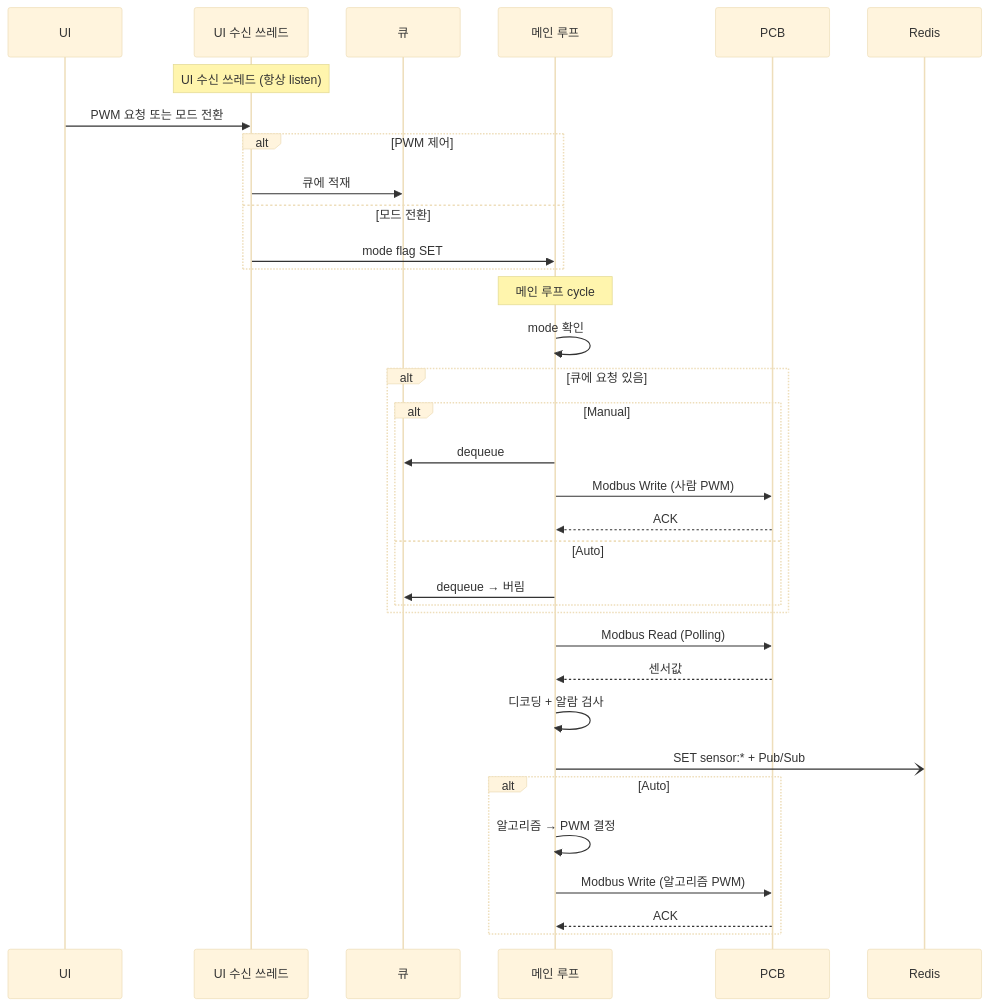
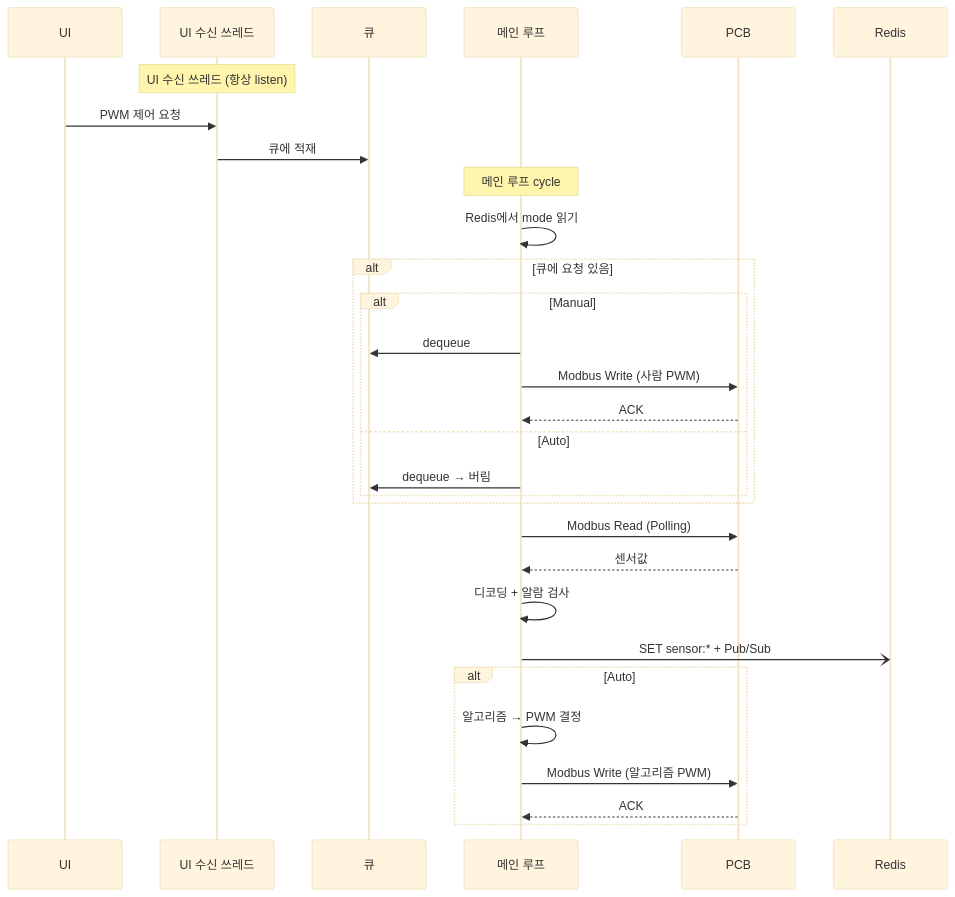
The first of 2 diagrams in docs/MCG.md (DEEPGadget/L2A_CDU_system), drawn with Mermaid (base theme) before and after one commit. The commit also changed other lines of this file and 2 other files, not shown here.

````diff
--- a/docs/MCG.md
+++ b/docs/MCG.md
@@ -120,41 +120,37 @@
 ```mermaid
 sequenceDiagram
     participant UI as UI
     participant Listen as UI 수신 쓰레드
     participant Queue as 큐
     participant Main as 메인 루프
     participant PCB as PCB
     participant Redis as Redis
 
     Note over Listen: UI 수신 쓰레드 (항상 listen)
-    UI->>Listen: PWM 요청 또는 모드 전환
-    alt PWM 제어
-        Listen->>Queue: 큐에 적재
-    else 모드 전환
-        Listen->>Main: mode flag SET
-    end
+    UI->>Listen: PWM 제어 요청
+    Listen->>Queue: 큐에 적재
 
     Note over Main: 메인 루프 cycle
-    Main->>Main: mode 확인
+    Main->>Main: Redis에서 mode 읽기
 
     alt 큐에 요청 있음
         alt Manual
             Main->>Queue: dequeue
             Main->>PCB: Modbus Write (사람 PWM)
             PCB-->>Main: ACK
         else Auto
             Main->>Queue: dequeue → 버림
         end
     end
 
     Main->>PCB: Modbus Read (Polling)
     PCB-->>Main: 센서값
     Main->>Main: 디코딩 + 알람 검사
     Main-)Redis: SET sensor:* + Pub/Sub
 
     alt Auto
         Main->>Main: 알고리즘 → PWM 결정
         Main->>PCB: Modbus Write (알고리즘 PWM)
         PCB-->>Main: ACK
     end
 ```
````
